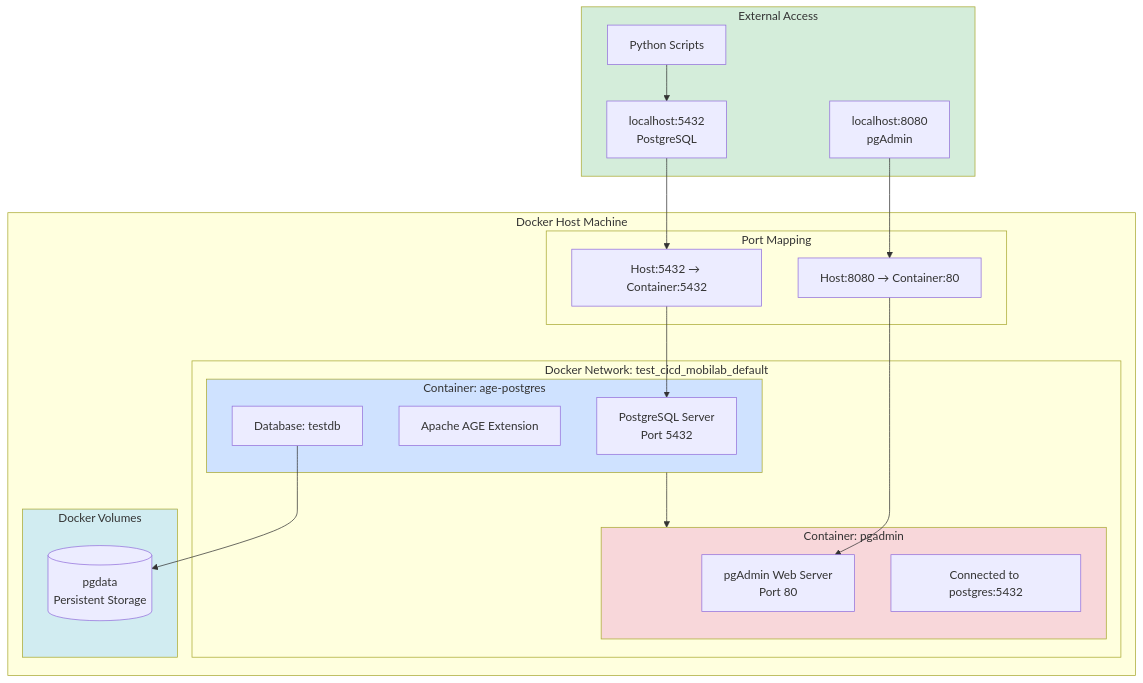
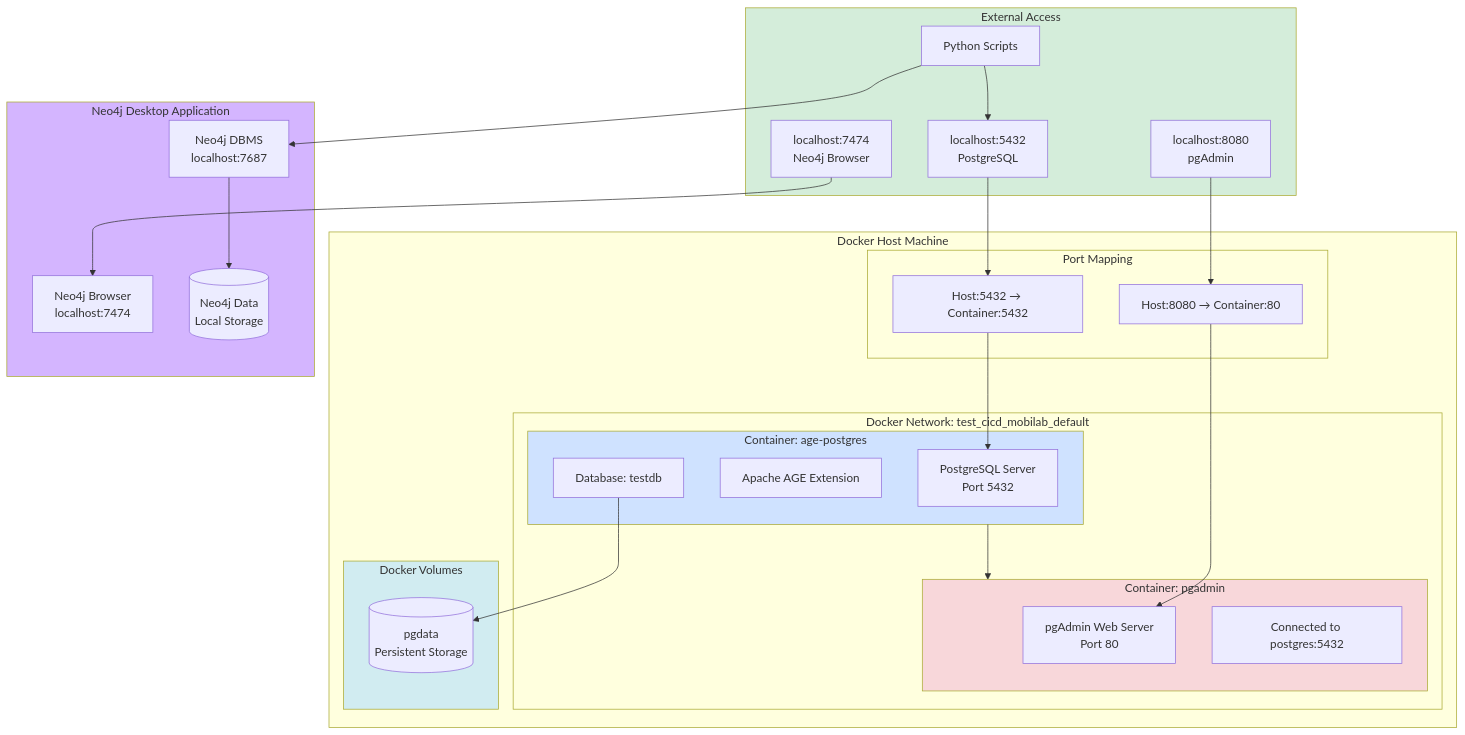
The seventh of 7 diagrams in SETUP.md (JaroWagener/test_cicd_mobilab), drawn with Mermaid before and after one commit. The commit also changed other lines of this file, not shown here.

````diff
--- a/SETUP.md
+++ b/SETUP.md
@@ -1065,47 +1114,58 @@
 ```mermaid
 graph TB
     subgraph DockerHost["Docker Host Machine"]
         subgraph Network["Docker Network: test_cicd_mobilab_default"]
             subgraph PG["Container: age-postgres"]
                 PG1[PostgreSQL Server<br/>Port 5432]
                 PG2[Apache AGE Extension]
                 PG3[Database: testdb]
             end
             
             subgraph PA["Container: pgadmin"]
                 PA1[pgAdmin Web Server<br/>Port 80]
                 PA2[Connected to postgres:5432]
             end
         end
         
         subgraph Volumes["Docker Volumes"]
             V1[(pgdata<br/>Persistent Storage)]
         end
         
         subgraph Ports["Port Mapping"]
             P1[Host:5432 → Container:5432]
             P2[Host:8080 → Container:80]
         end
     end
     
+    subgraph Neo4jDesktop["Neo4j Desktop Application"]
+        N1[Neo4j DBMS<br/>localhost:7687]
+        N2[Neo4j Browser<br/>localhost:7474]
+        N3[(Neo4j Data<br/>Local Storage)]
+    end
+    
     subgraph External["External Access"]
         E1[localhost:5432<br/>PostgreSQL]
         E2[localhost:8080<br/>pgAdmin]
-        E3[Python Scripts]
+        E3[localhost:7474<br/>Neo4j Browser]
+        E4[Python Scripts]
     end
     
     PG --> PA
     PG3 --> V1
+    N1 --> N3
     
     P1 --> PG1
     P2 --> PA1
     
     E1 --> P1
     E2 --> P2
-    E3 --> E1
+    E3 --> N2
+    E4 --> E1
+    E4 --> N1
     
     style PG fill:#cfe2ff
     style PA fill:#f8d7da
+    style Neo4jDesktop fill:#d4b5ff
     style Volumes fill:#d1ecf1
     style External fill:#d4edda
 ```
````
